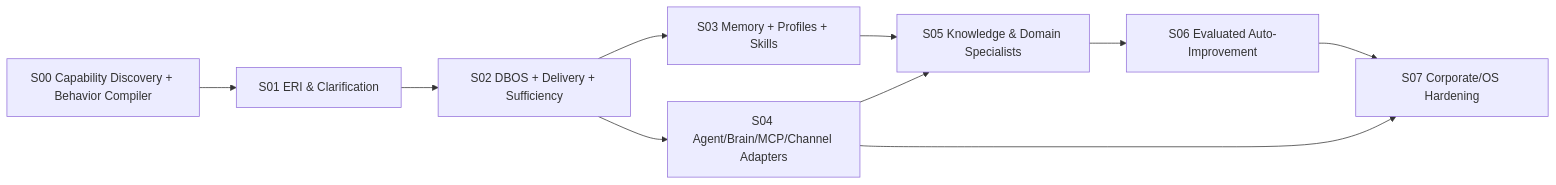
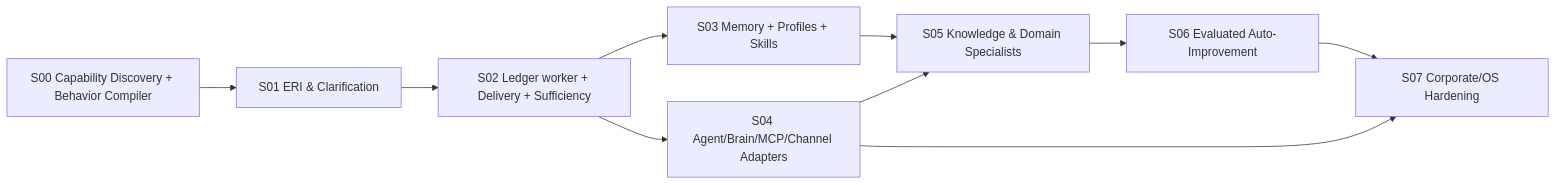
The diagram in diagrams/04_IMPLEMENTATION_DEPENDENCIES.mmd (clebeson/quati), drawn with Mermaid before and after one commit. The commit also changed 596 other files, not shown here.

```diff
--- a/diagrams/04_IMPLEMENTATION_DEPENDENCIES.mmd
+++ b/diagrams/04_IMPLEMENTATION_DEPENDENCIES.mmd
@@ -1,10 +1,10 @@
 flowchart LR
   S00[S00 Capability Discovery + Behavior Compiler] --> S01[S01 ERI & Clarification]
-  S01 --> S02[S02 DBOS + Delivery + Sufficiency]
+  S01 --> S02[S02 Ledger worker + Delivery + Sufficiency]
   S02 --> S03[S03 Memory + Profiles + Skills]
   S02 --> S04[S04 Agent/Brain/MCP/Channel Adapters]
   S03 --> S05[S05 Knowledge & Domain Specialists]
   S04 --> S05
   S05 --> S06[S06 Evaluated Auto-Improvement]
   S06 --> S07[S07 Corporate/OS Hardening]
   S04 --> S07
```
